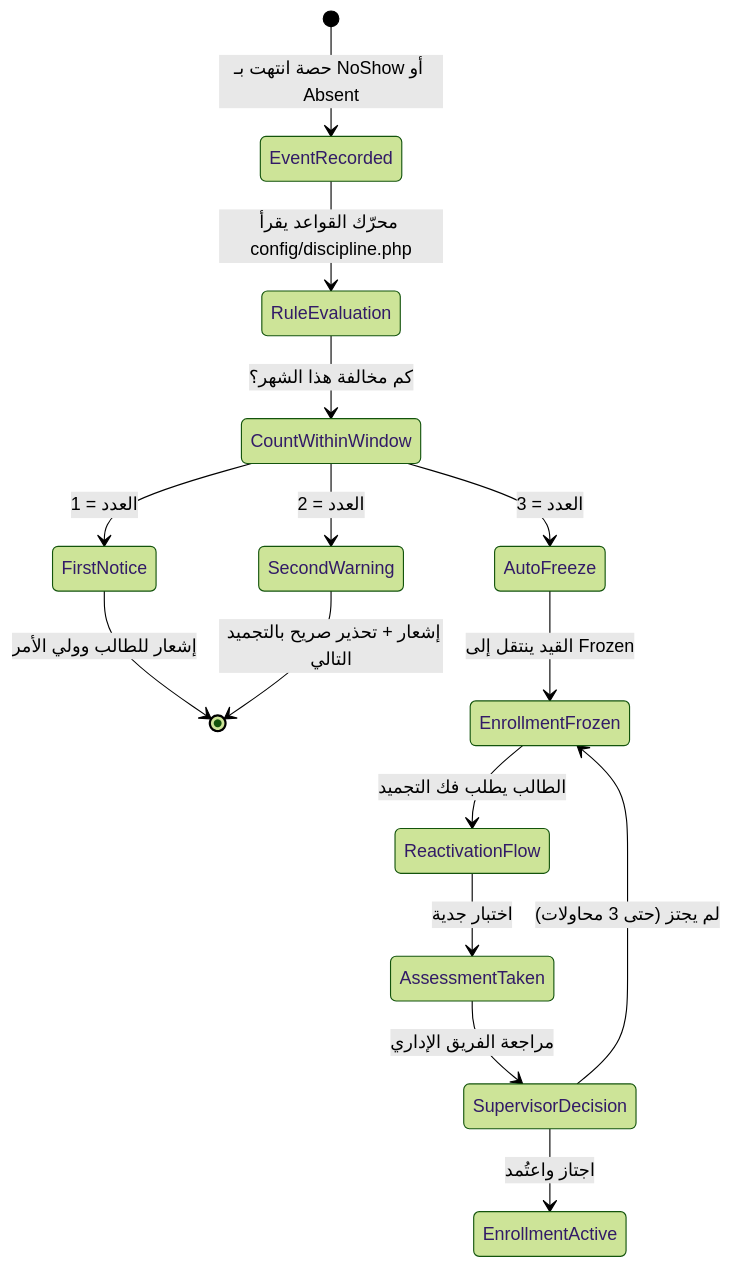
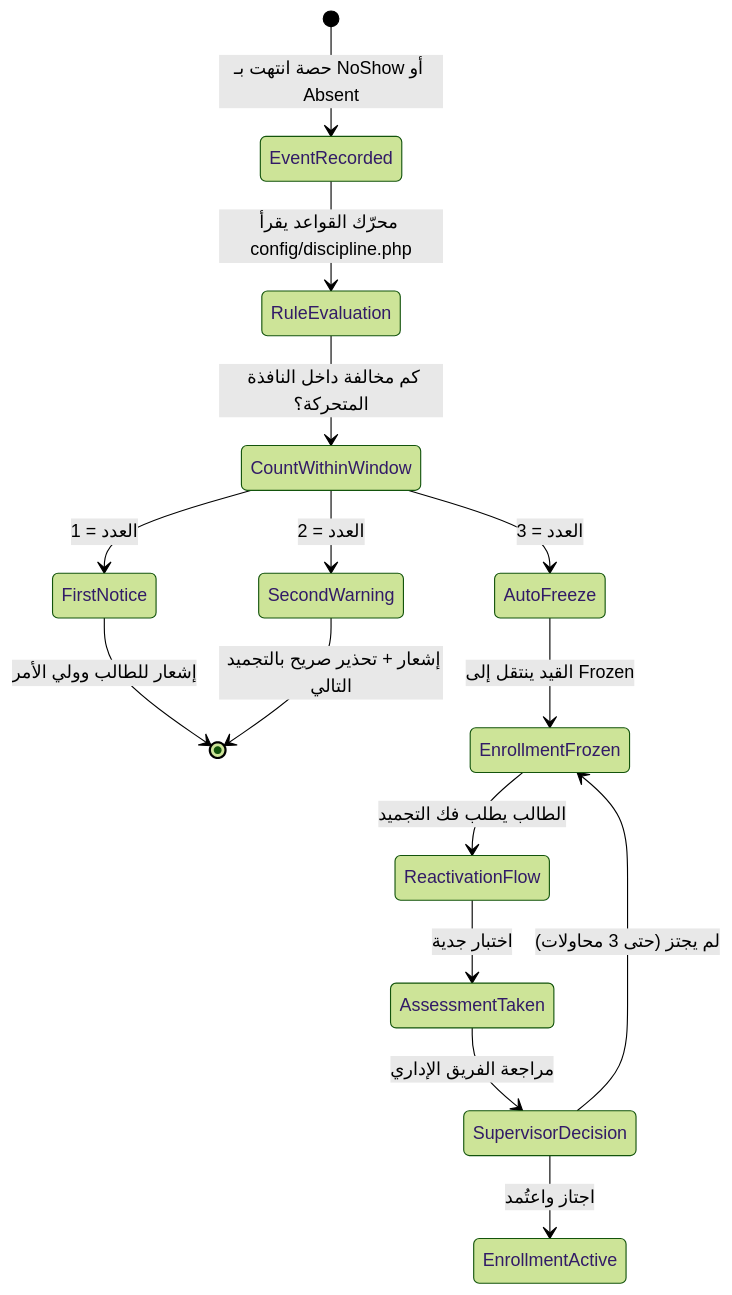
One commit to hos3004/e-school changed the fifth of 5 diagrams in docs/05-state-machines.md. Above: the diagram before and after it, drawn with Mermaid (forest theme). The commit also changed other lines of this file and 498 other files, not shown here.

````diff
--- a/docs/05-state-machines.md
+++ b/docs/05-state-machines.md
@@ -237,20 +240,20 @@
 ```mermaid
 stateDiagram-v2
     [*] --> EventRecorded : حصة انتهت بـ NoShow أو Absent
     EventRecorded --> RuleEvaluation : محرّك القواعد يقرأ config/discipline.php
-    RuleEvaluation --> CountWithinWindow : كم مخالفة هذا الشهر؟
+    RuleEvaluation --> CountWithinWindow : كم مخالفة داخل النافذة المتحركة؟
 
     CountWithinWindow --> FirstNotice : العدد = 1
     CountWithinWindow --> SecondWarning : العدد = 2
     CountWithinWindow --> AutoFreeze : العدد = 3
 
     FirstNotice --> [*] : إشعار للطالب وولي الأمر
     SecondWarning --> [*] : إشعار + تحذير صريح بالتجميد التالي
     AutoFreeze --> EnrollmentFrozen : القيد ينتقل إلى Frozen
 
     EnrollmentFrozen --> ReactivationFlow : الطالب يطلب فك التجميد
     ReactivationFlow --> AssessmentTaken : اختبار جدية
     AssessmentTaken --> SupervisorDecision : مراجعة الفريق الإداري
     SupervisorDecision --> EnrollmentActive : اجتاز واعتُمد
     SupervisorDecision --> EnrollmentFrozen : لم يجتز (حتى 3 محاولات)
 ```
````
